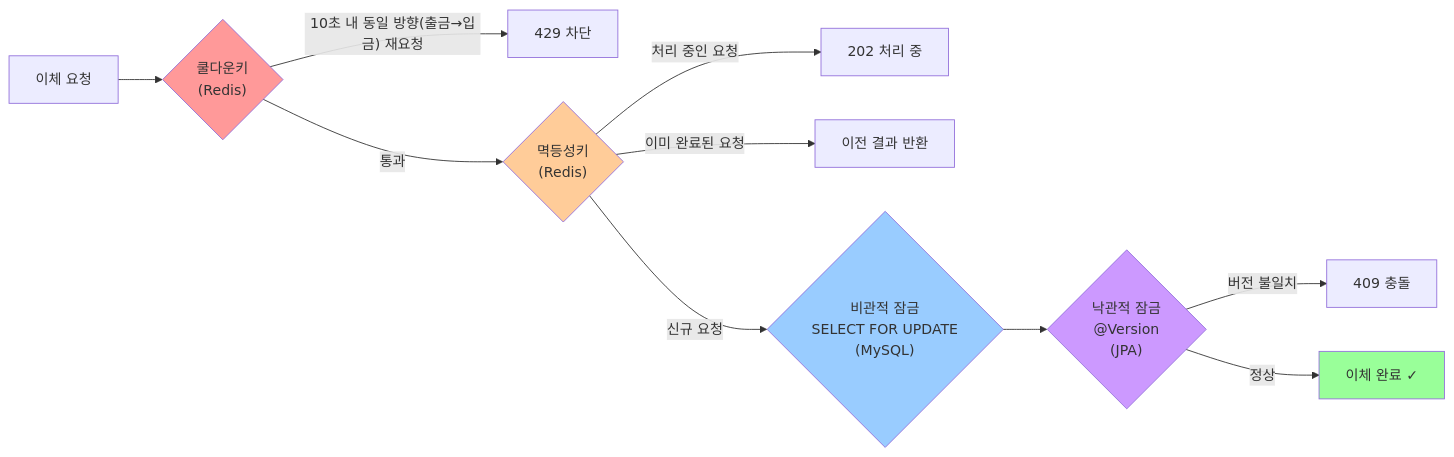
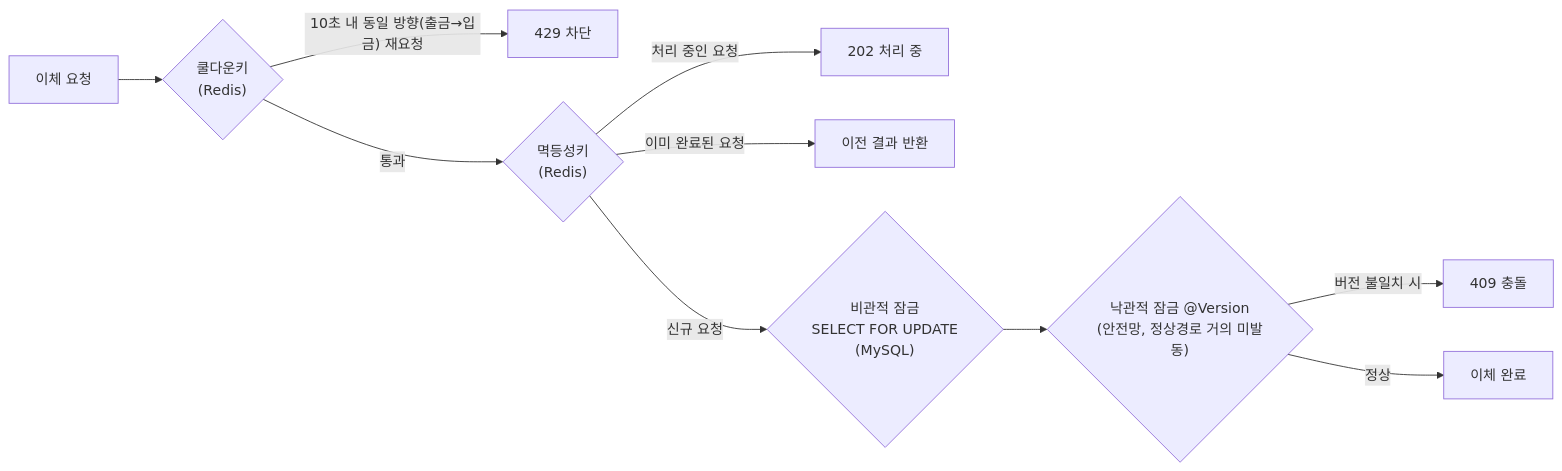
Before and after one commit to Pray-T/BankTransferSys_Backend_Restful: the third of 3 diagrams in README.md, drawn with Mermaid. The commit also changed other lines of this file, not shown here.

````diff
--- a/README.md
+++ b/README.md
@@ -199,17 +201,12 @@
 ```mermaid
 graph LR
     REQ["이체 요청"] --> CD{"쿨다운키\n(Redis)"}
     CD -->|"10초 내 동일 방향(출금→입금) 재요청"| R1["429 차단"]
     CD -->|"통과"| ID{"멱등성키\n(Redis)"}
     ID -->|"처리 중인 요청"| R2["202 처리 중"]
     ID -->|"이미 완료된 요청"| R3["이전 결과 반환"]
     ID -->|"신규 요청"| PL{"비관적 잠금\nSELECT FOR UPDATE\n(MySQL)"}
-    PL --> OL{"낙관적 잠금\n@Version\n(JPA)"}
-    OL -->|"버전 불일치"| R4["409 충돌"]
-    OL -->|"정상"| OK["이체 완료 ✓"]
-    style CD fill:#ff9999
-    style ID fill:#ffcc99
-    style PL fill:#99ccff
-    style OL fill:#cc99ff
-    style OK fill:#99ff99
+    PL --> OL{"낙관적 잠금 @Version\n(안전망, 정상경로 거의 미발동)"}
+    OL -->|"버전 불일치 시"| R4["409 충돌"]
+    OL -->|"정상"| OK["이체 완료"]
 ```
````
